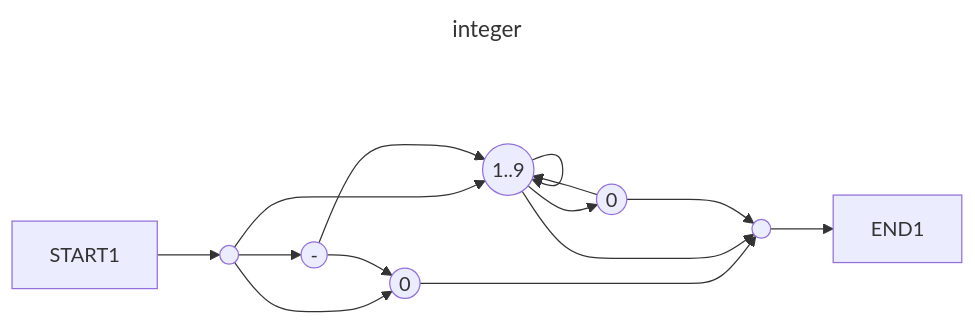
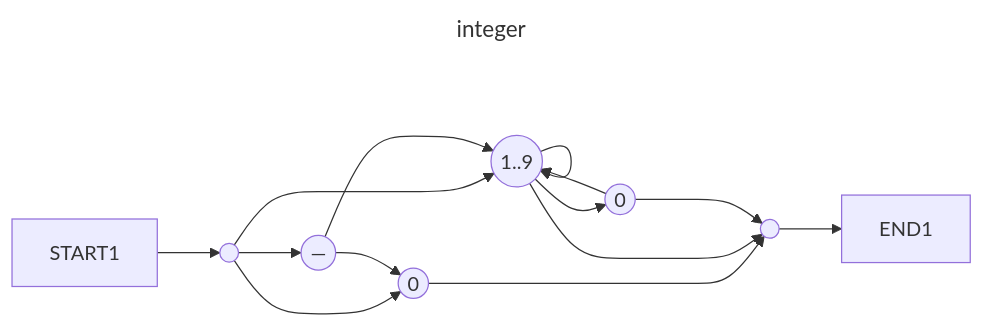
One commit to rchuk/markerml changed the tenth of 15 diagrams in README.md. Above: the diagram before and after it, drawn with Mermaid.

````diff
--- a/README.md
+++ b/README.md
@@ -499,36 +499,36 @@
 ```mermaid
 ---
 title: integer
 ---
 graph LR;
     START1:::hidden
     END1:::hidden
     START(( ))
     END(( ))
     
-    minus(("-"))
+    minus(("—"))
     digit(("1..9"))
     single_zero((0))
     zero((0))
     
     %% 
     START1 --> START
     
     %% 
     single_zero ----> END
     
     START ---> single_zero
     START --> minus
     START --> digit
     
     minus --> single_zero
     minus ---> digit
     digit --> digit
     digit --> END
     digit --> zero
     zero --> digit
     zero ---> END
     
     %% 
     END --> END1
 ```
````
